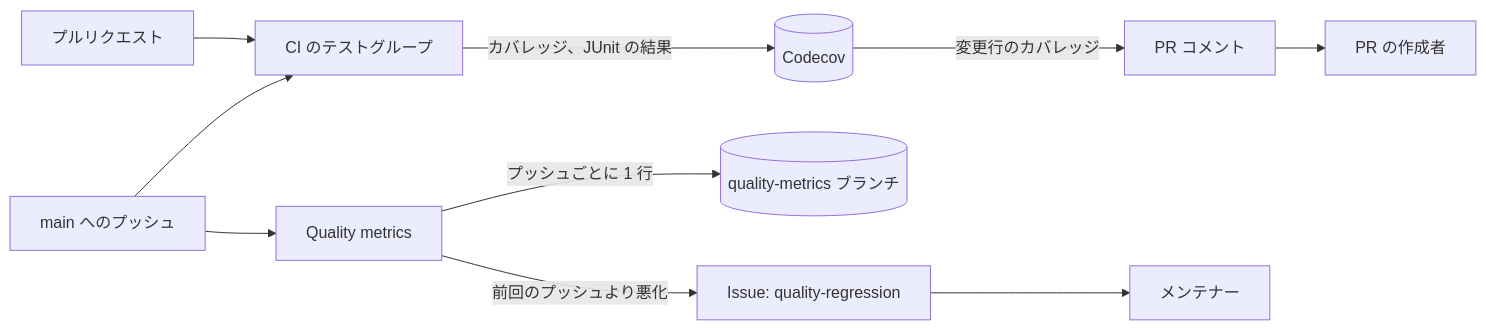
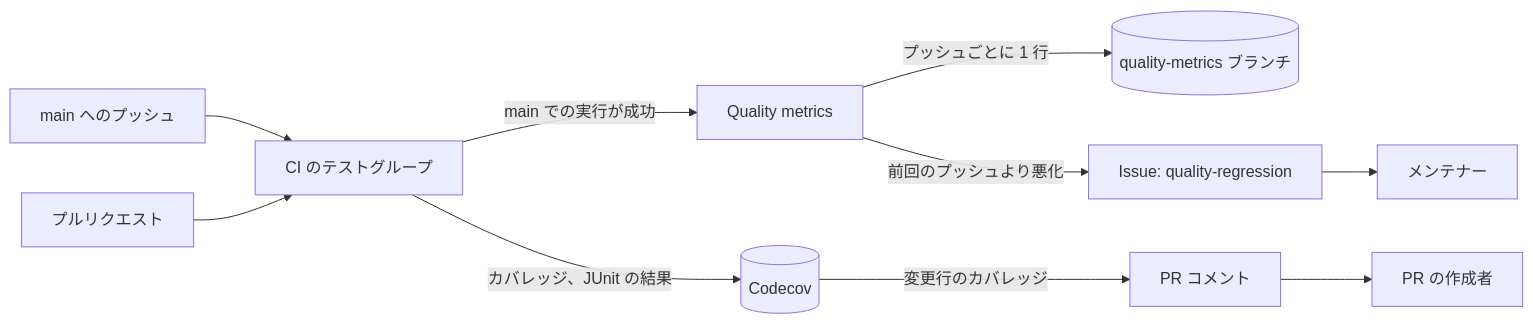
One commit to syudead/vv changed the diagram in translations/ja/docs/design-docs/test-quality-monitoring.md. Above: the diagram before and after it, drawn with Mermaid. The commit also changed other lines of this file and 3 other files, not shown here.

````diff
--- a/translations/ja/docs/design-docs/test-quality-monitoring.md
+++ b/translations/ja/docs/design-docs/test-quality-monitoring.md
@@ -12,12 +12,12 @@
 ```mermaid
 flowchart LR
   push[main へのプッシュ] --> ci[CI のテストグループ]
-  push --> qm[Quality metrics]
+  ci -->|main での実行が成功| qm[Quality metrics]
   pr[プルリクエスト] --> ci
   ci -->|カバレッジ、JUnit の結果| codecov[(Codecov)]
   qm -->|プッシュごとに 1 行| hist[(quality-metrics ブランチ)]
   qm -->|前回のプッシュより悪化| issue[Issue: quality-regression]
   codecov -->|変更行のカバレッジ| prc[PR コメント]
   issue --> maint[メンテナー]
   prc --> author[PR の作成者]
 ```
````
